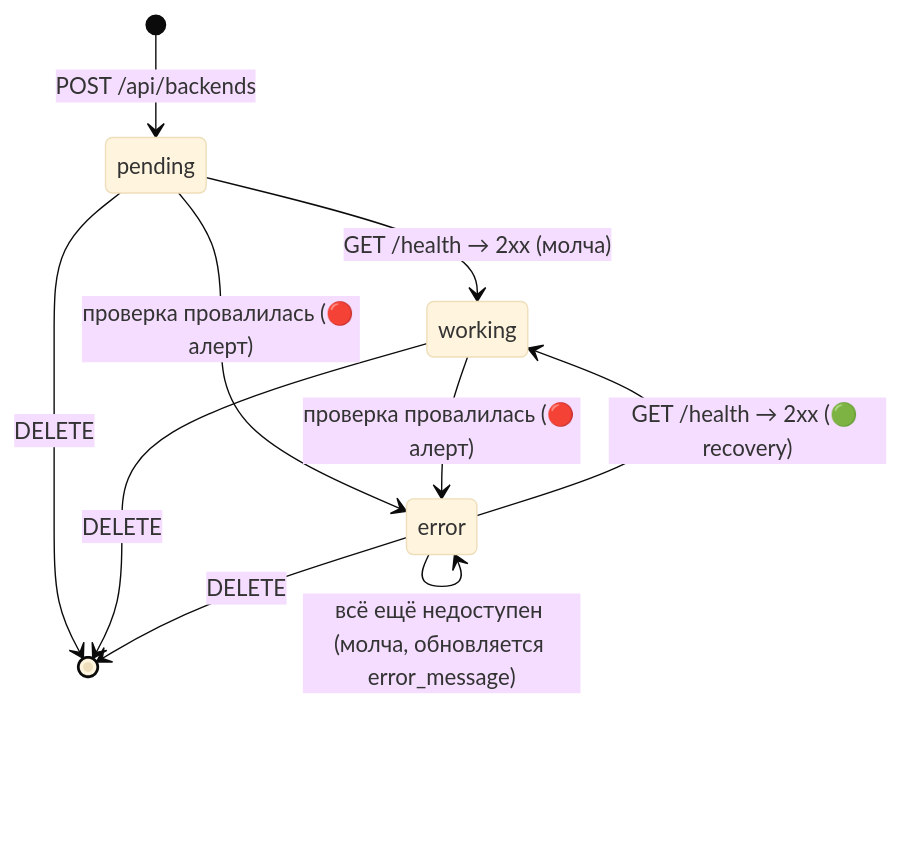
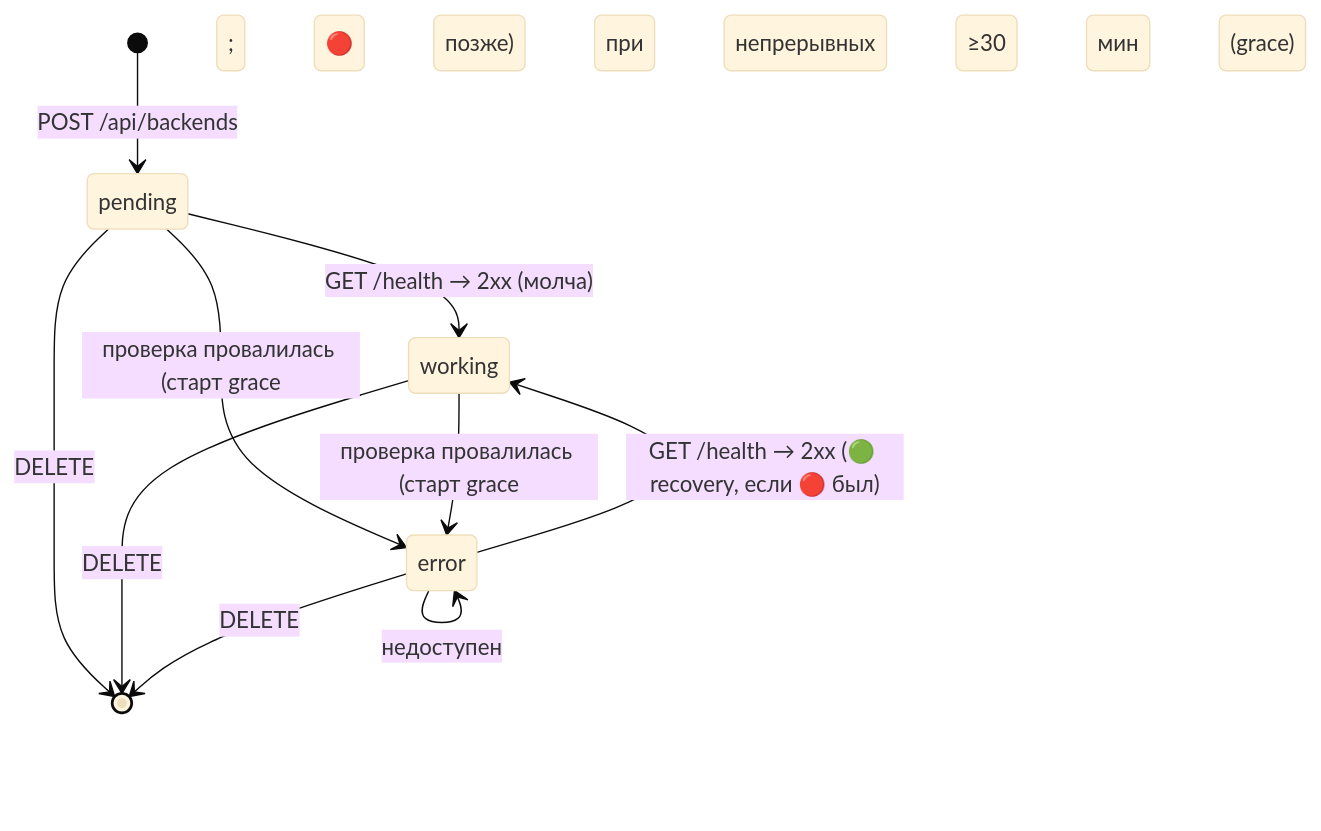
Before and after one commit to eliseiv/broad-crm: the fifth of 6 diagrams in docs/03-data-model.md, drawn with Mermaid (base theme). The commit also changed other lines of this file and 80 other files, not shown here.

````diff
--- a/docs/03-data-model.md
+++ b/docs/03-data-model.md
@@ -372,12 +376,12 @@
 ```mermaid
 stateDiagram-v2
     [*] --> pending: POST /api/backends
     pending --> working: GET /health → 2xx (молча)
-    pending --> error: проверка провалилась (🔴 алерт)
-    working --> error: проверка провалилась (🔴 алерт)
-    error --> working: GET /health → 2xx (🟢 recovery)
-    error --> error: всё ещё недоступен (молча, обновляется error_message)
+    pending --> error: проверка провалилась (старт grace; 🔴 позже)
+    working --> error: проверка провалилась (старт grace; 🔴 позже)
+    error --> working: GET /health → 2xx (🟢 recovery, если 🔴 был)
+    error --> error: недоступен; 🔴 при непрерывных ≥30 мин (grace)
     pending --> [*]: DELETE
     working --> [*]: DELETE
     error --> [*]: DELETE
 ```
````
